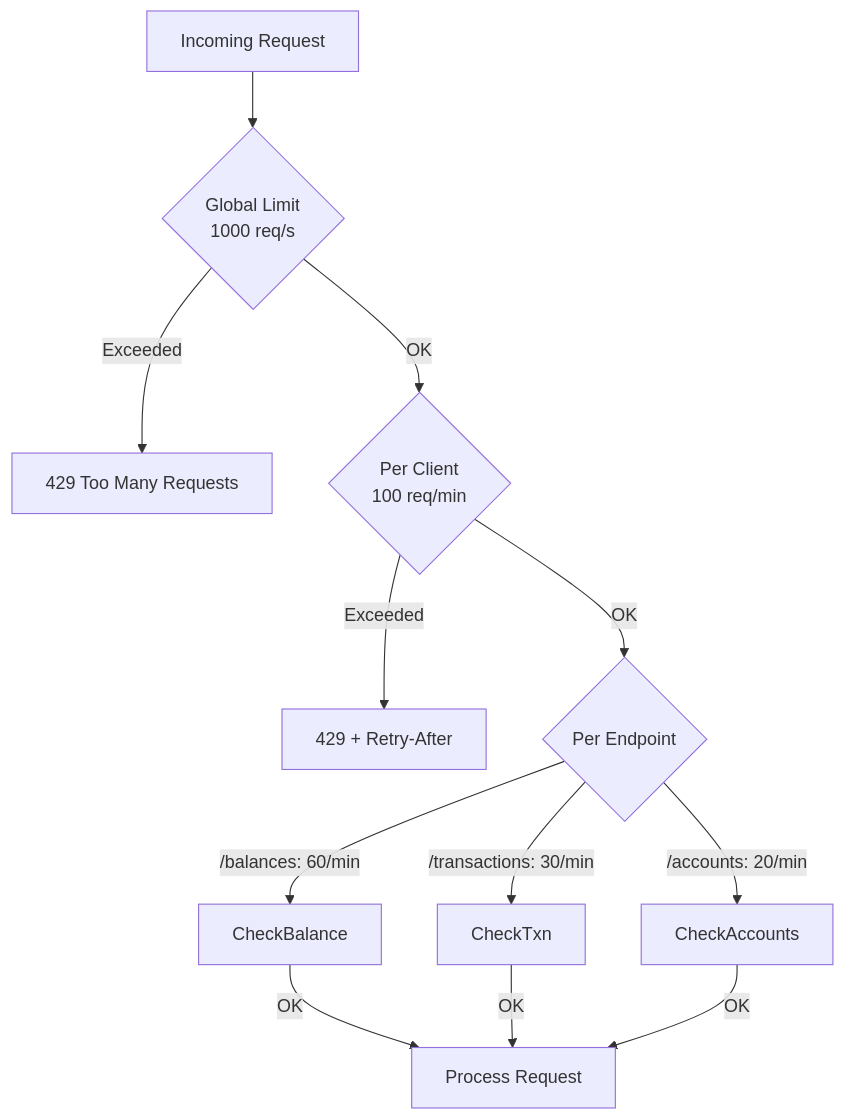
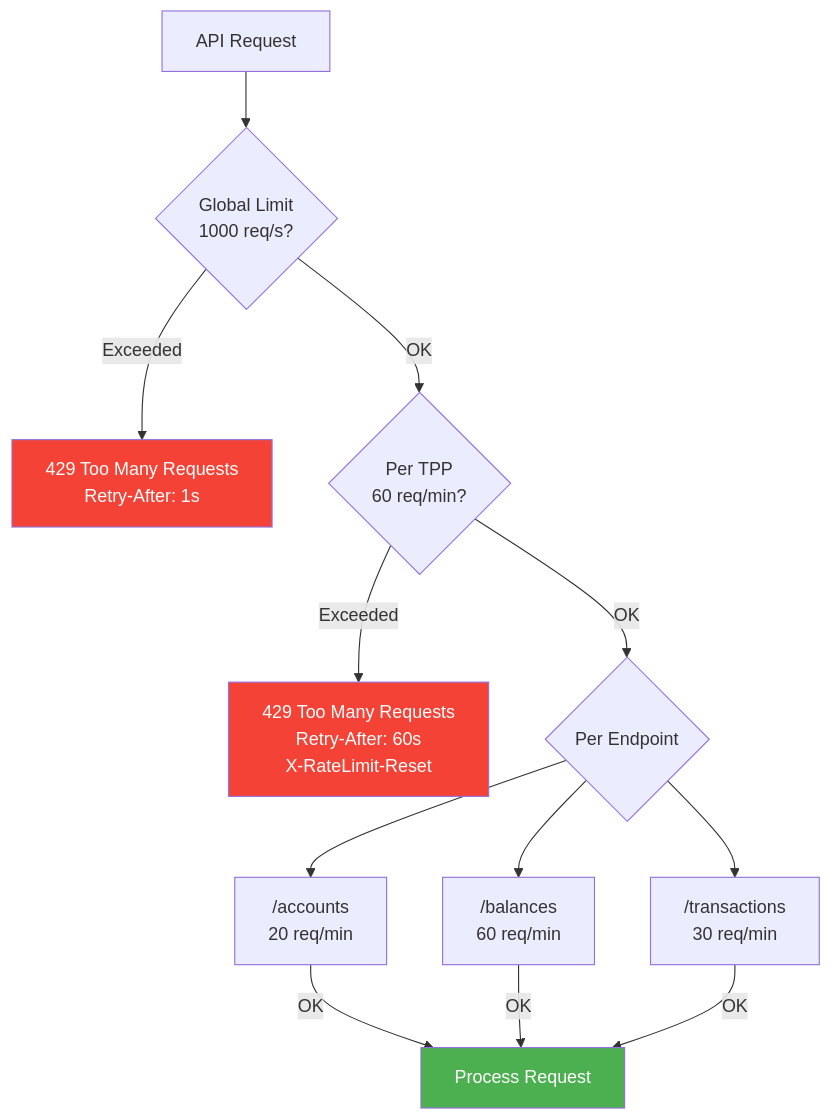
One commit to huuhoait/openbanking-vn-specs changed the tenth of 11 diagrams in 04-Dich-vu-Tai-khoan-AIS.md. Above: the diagram before and after it, drawn with Mermaid. The commit also changed other lines of this file and 14 other files, not shown here.

````diff
--- a/04-Dich-vu-Tai-khoan-AIS.md
+++ b/04-Dich-vu-Tai-khoan-AIS.md
@@ -417,19 +915,24 @@
 ```mermaid
-graph TB
-    Request[Incoming Request]
+flowchart TB
+    Request[API Request]
     
-    Request --> Global{Global Limit<br/>1000 req/s}
-    Global -->|Exceeded| Reject1[429 Too Many Requests]
+    Request --> Global{Global Limit<br/>1000 req/s?}
+    Global -->|Exceeded| Reject1["429 Too Many Requests<br/>Retry-After: 1s"]
     
-    Global -->|OK| PerClient{Per Client<br/>100 req/min}
-    PerClient -->|Exceeded| Reject2[429 + Retry-After]
+    Global -->|OK| PerTPP{Per TPP<br/>60 req/min?}
+    PerTPP -->|Exceeded| Reject2["429 Too Many Requests<br/>Retry-After: 60s<br/>X-RateLimit-Reset"]
     
-    PerClient -->|OK| PerEndpoint{Per Endpoint}
-    PerEndpoint -->|/balances: 60/min| CheckBalance
-    PerEndpoint -->|/transactions: 30/min| CheckTxn
-    PerEndpoint -->|/accounts: 20/min| CheckAccounts
+    PerTPP -->|OK| PerEndpoint{Per Endpoint}
     
-    CheckBalance -->|OK| Process[Process Request]
-    CheckTxn -->|OK| Process
-    CheckAccounts -->|OK| Process
+    PerEndpoint --> Accounts["/accounts<br/>20 req/min"]
+    PerEndpoint --> Balances["/balances<br/>60 req/min"]
+    PerEndpoint --> Transactions["/transactions<br/>30 req/min"]
+    
+    Accounts -->|OK| Process[Process Request]
+    Balances -->|OK| Process
+    Transactions -->|OK| Process
+    
+    style Reject1 fill:#f44336,color:#fff
+    style Reject2 fill:#f44336,color:#fff
+    style Process fill:#4CAF50,color:#fff
 ```
````
